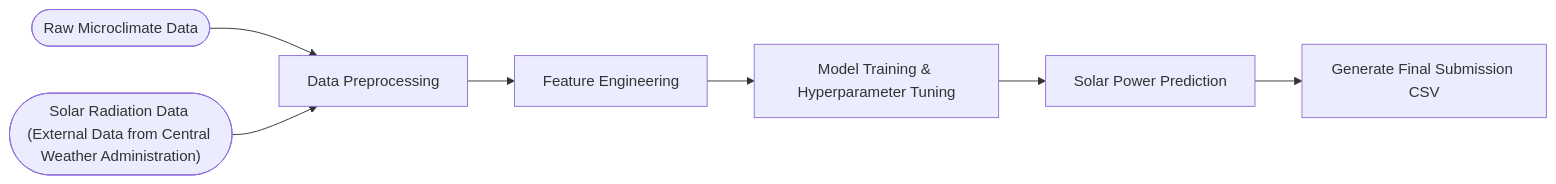
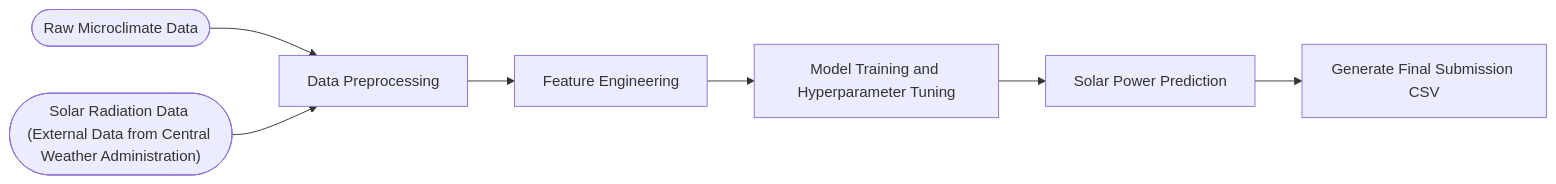
The diagram in README.md (schaof/AI-Cup-2024-Power-Prediction), drawn with Mermaid before and after one commit.

````diff
--- a/README.md
+++ b/README.md
@@ -5,11 +5,11 @@
 ```mermaid
 graph LR
         A(["Raw Microclimate Data"])
         B(["Solar Radiation Data (External Data from Central Weather Administration)"])
         A --> C["Data Preprocessing"]
         B --> C
         C --> D["Feature Engineering"]
-        D --> E["Model Training &amp; Hyperparameter Tuning"]
+        D --> E["Model Training and Hyperparameter Tuning"]
         E --> F["Solar Power Prediction"]
         F --> G["Generate Final Submission CSV"]
 ```
````
